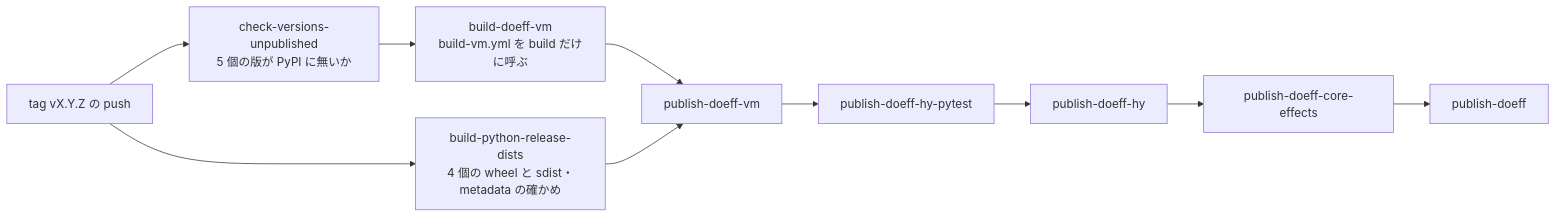
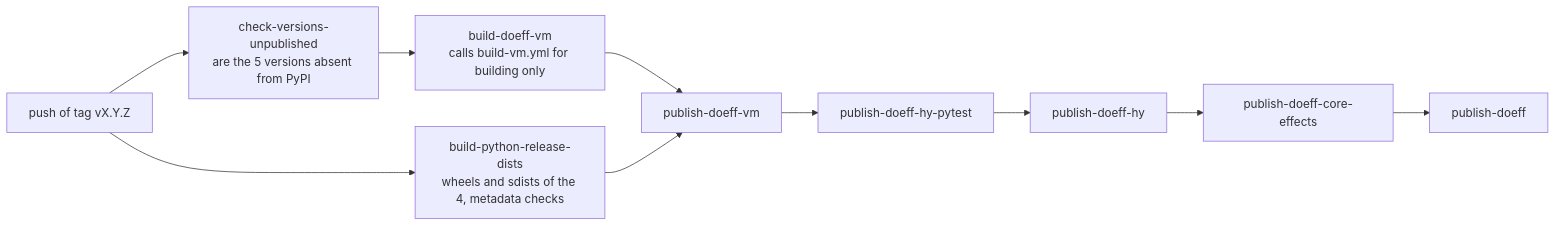
The second of 2 diagrams in docs/release-publish-runbook.md (proboscis/doeff), drawn with Mermaid before and after one commit. The commit also changed other lines of this file and 58 other files, not shown here.

````diff
--- a/docs/release-publish-runbook.md
+++ b/docs/release-publish-runbook.md
@@ -134,12 +138,12 @@
 ```mermaid
 flowchart LR
-  tag["tag vX.Y.Z の push"] --> check["check-versions-unpublished<br/>5 個の版が PyPI に無いか"]
-  tag --> build["build-python-release-dists<br/>4 個の wheel と sdist・metadata の確かめ"]
-  check --> bvm["build-doeff-vm<br/>build-vm.yml を build だけに呼ぶ"]
+  tag["push of tag vX.Y.Z"] --> check["check-versions-unpublished<br/>are the 5 versions absent from PyPI"]
+  tag --> build["build-python-release-dists<br/>wheels and sdists of the 4, metadata checks"]
+  check --> bvm["build-doeff-vm<br/>calls build-vm.yml for building only"]
   bvm --> vm["publish-doeff-vm"]
   build --> vm
   vm --> hyp["publish-doeff-hy-pytest"]
   hyp --> hy["publish-doeff-hy"]
   hy --> ce["publish-doeff-core-effects"]
   ce --> doeff["publish-doeff"]
 ```
````
